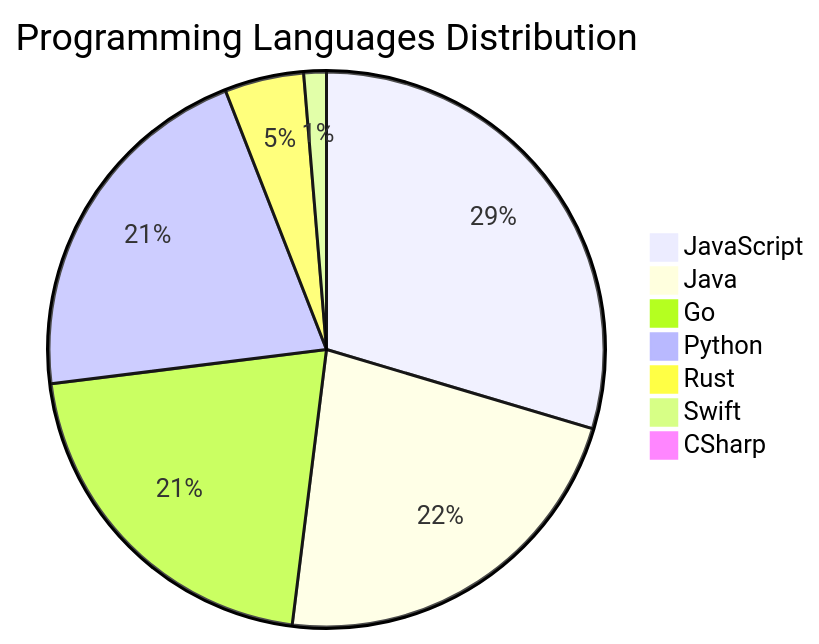
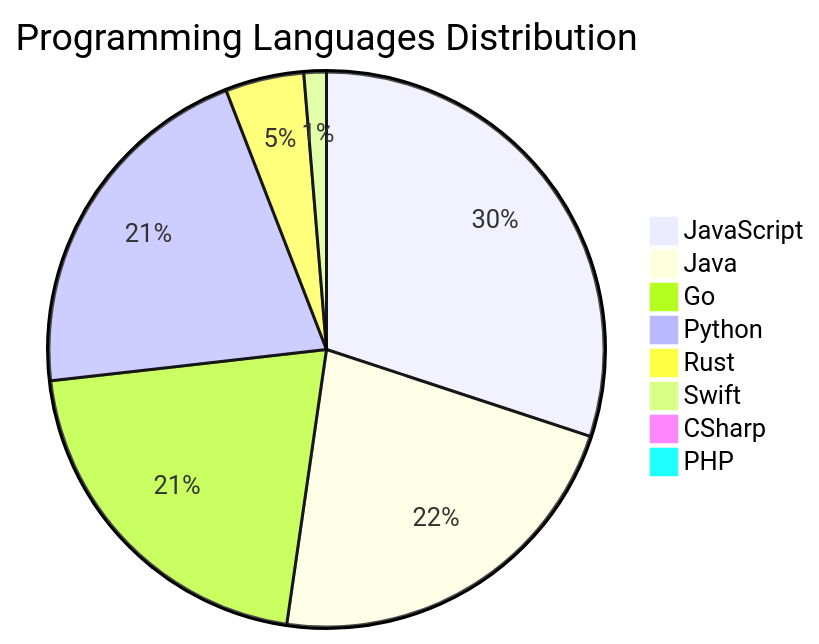
One commit to Derrick-MUGISHA/github-activity-bot changed the diagram in README.md. Above: the diagram before and after it, drawn with Mermaid. The commit also changed other lines of this file and 4 other files, not shown here.

````diff
--- a/README.md
+++ b/README.md
@@ -207,10 +208,11 @@
 ```mermaid
 pie title Programming Languages Distribution
-    "JavaScript" : 45
+    "JavaScript" : 46
     "Java" : 34
     "Go" : 32
     "Python" : 32
     "Rust" : 7
     "Swift" : 2
     "CSharp" : 1
+    "PHP" : 1
 ```
````
